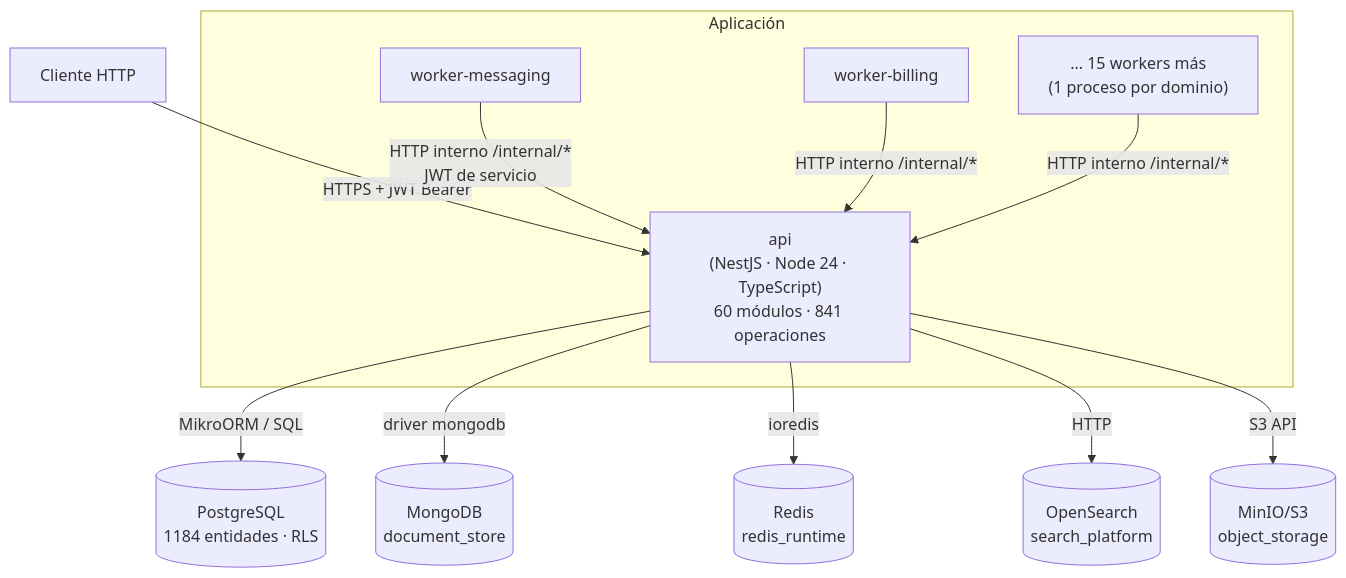
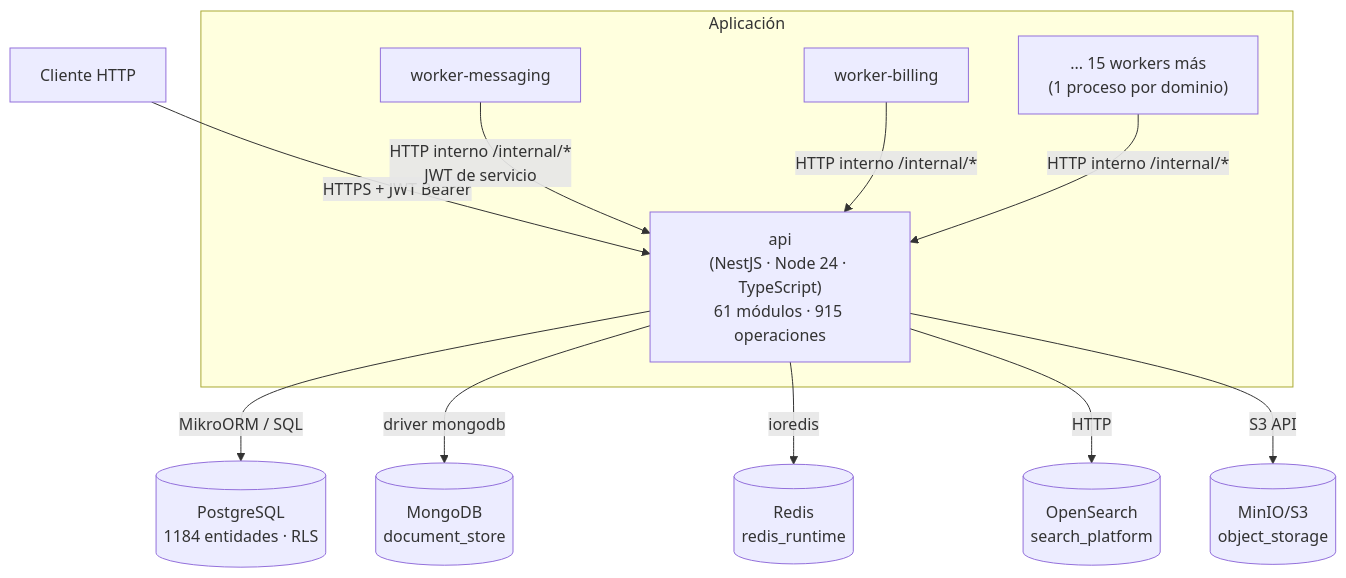
Before and after one commit to mdavila-2001/mantra-core-health-api: the diagram in docs/architecture/containers.md, drawn with Mermaid. The commit also changed other lines of this file and 17 other files, not shown here.

````diff
--- a/docs/architecture/containers.md
+++ b/docs/architecture/containers.md
@@ -7,21 +7,21 @@
 ```mermaid
 flowchart TB
   Client[Cliente HTTP] -->|HTTPS + JWT Bearer| API
 
   subgraph Aplicación
-    API["api<br/>(NestJS · Node 24 · TypeScript)<br/>60 módulos · 841 operaciones"]
+    API["api<br/>(NestJS · Node 24 · TypeScript)<br/>61 módulos · 915 operaciones"]
     W1["worker-messaging"]
     W2["worker-billing"]
     W3["... 15 workers más<br/>(1 proceso por dominio)"]
   end
 
   API -->|MikroORM / SQL| PG[("PostgreSQL<br/>1184 entidades · RLS")]
   API -->|driver mongodb| Mongo[("MongoDB<br/>document_store")]
   API -->|ioredis| Redis[("Redis<br/>redis_runtime")]
   API -->|HTTP| OS[("OpenSearch<br/>search_platform")]
   API -->|S3 API| MinIO[("MinIO/S3<br/>object_storage")]
 
   W1 -->|HTTP interno /internal/*<br/>JWT de servicio| API
   W2 -->|HTTP interno /internal/*| API
   W3 -->|HTTP interno /internal/*| API
 ```
````
